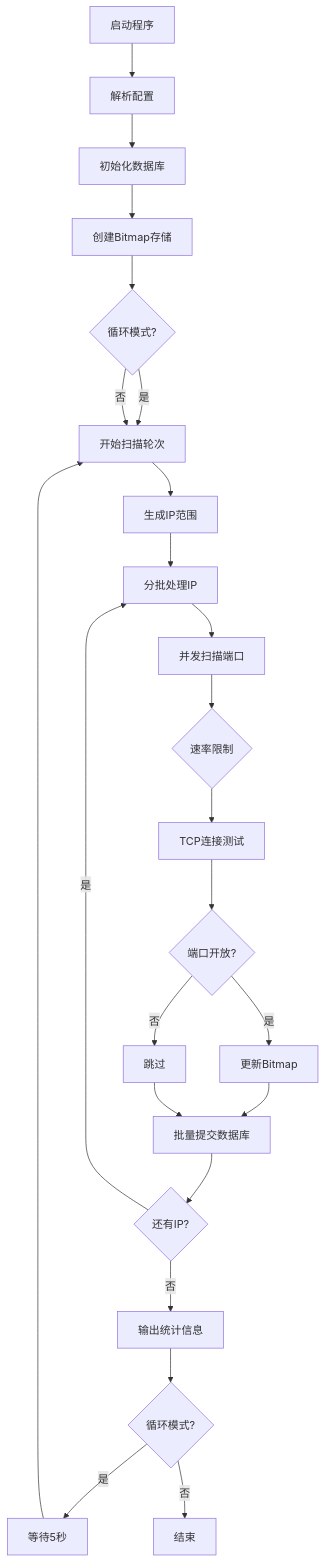
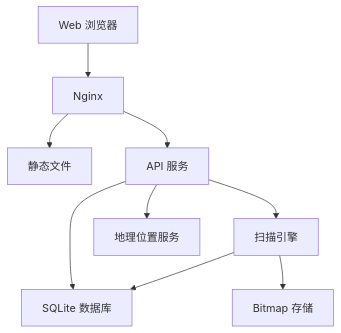
The first of 2 diagrams in README.md (Dave-he/ip-scan), drawn with Mermaid before and after one commit. The commit also changed other lines of this file and 1 other file, not shown here.

````diff
--- a/README.md
+++ b/README.md
@@ -511,26 +500,11 @@
 ```mermaid
 graph TB
-    A[启动程序] --> B[解析配置]
-    B --> C[初始化数据库]
-    C --> D[创建Bitmap存储]
-    D --> E{循环模式?}
-    E -->|是| F[开始扫描轮次]
-    E -->|否| F
-    F --> G[生成IP范围]
-    G --> H[分批处理IP]
-    H --> I[并发扫描端口]
-    I --> J{速率限制}
-    J --> K[TCP连接测试]
-    K --> L{端口开放?}
-    L -->|是| M[更新Bitmap]
-    L -->|否| N[跳过]
-    M --> O[批量提交数据库]
-    N --> O
-    O --> P{还有IP?}
-    P -->|是| H
-    P -->|否| Q[输出统计信息]
-    Q --> R{循环模式?}
-    R -->|是| S[等待5秒]
-    R -->|否| T[结束]
-    S --> F
+    A[Web 浏览器] --> B[Nginx]
+    B --> C[静态文件]
+    B --> D[API 服务]
+    D --> E[扫描引擎]
+    E --> F[SQLite 数据库]
+    E --> G[Bitmap 存储]
+    D --> F
+    D --> H[地理位置服务]
 ```
````
